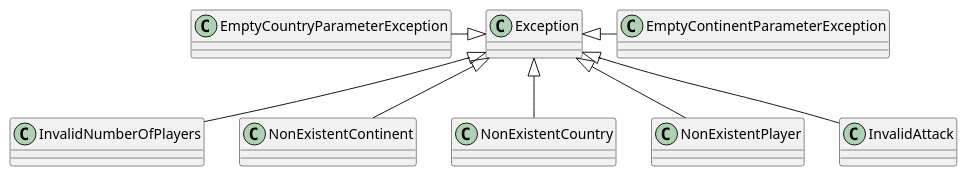
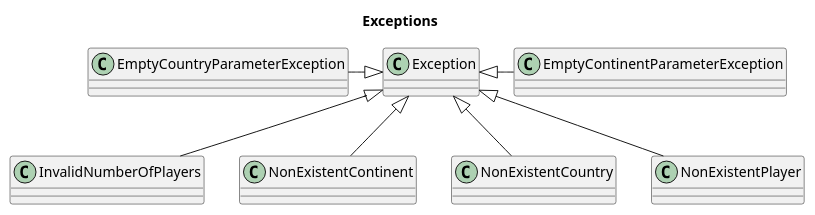
Before and after one commit to NahuelNGomez/TEG: the diagram in src/main/java/edu/fiuba/algo3/documentation/Exceptions.puml, drawn with PlantUML. The commit also changed 3 other files, not shown here.

Commit message:
Diagrams show game delegation

```diff
--- a/src/main/java/edu/fiuba/algo3/documentation/Exceptions.puml
+++ b/src/main/java/edu/fiuba/algo3/documentation/Exceptions.puml
@@ -1,35 +1,34 @@
 @startuml
+
+title "Exceptions"
 
 class Exception {
 }
 
 class EmptyContinentParameterException{
 }
 
 class EmptyCountryParameterException{
 }
 
 class InvalidNumberOfPlayers{
 }
 
 class NonExistentContinent{
 }
 
 class NonExistentCountry{
 }
 
 class NonExistentPlayer{
 }
 
-class InvalidAttack{
-}
 
 Exception <|--right EmptyContinentParameterException
 Exception <|--left EmptyCountryParameterException
 Exception <|-- InvalidNumberOfPlayers
 Exception <|-- NonExistentContinent
 Exception <|-- NonExistentCountry
 Exception <|-- NonExistentPlayer
-Exception <|-- InvalidAttack
 
 @enduml
```
